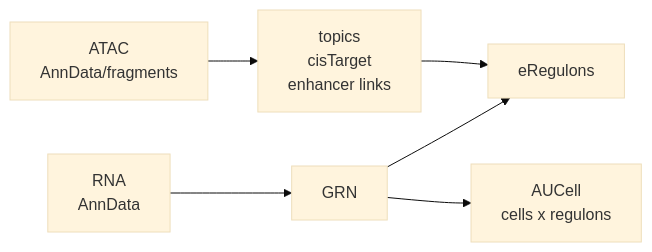
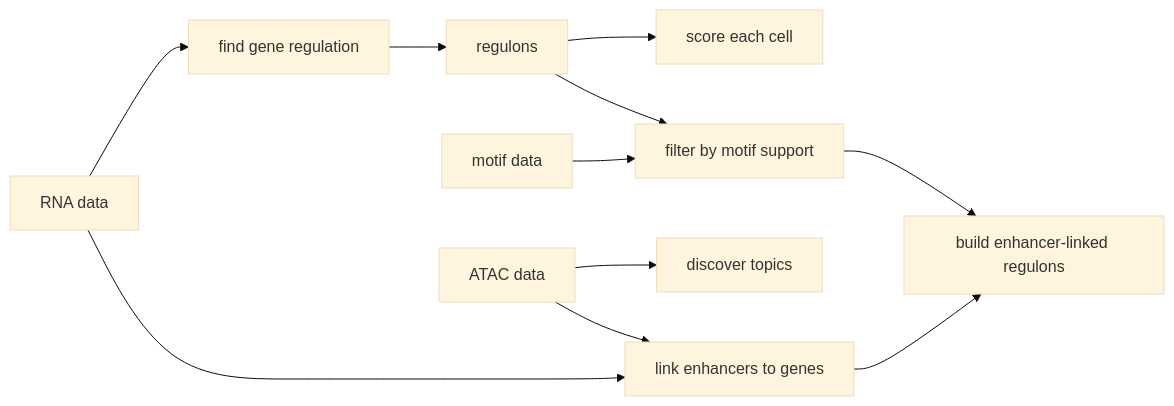
One commit to Ekin-Kahraman/rustscenic changed the diagram in README.md. Above: the diagram before and after it, drawn with Mermaid (base theme). The commit also changed other lines of this file, not shown here.

Commit message:
docs: simplify README overview

````diff
--- a/README.md
+++ b/README.md
@@ -18,8 +18,16 @@
 ```mermaid
 flowchart LR
-    rna["RNA<br/>AnnData"] --> grn["GRN"]
-    atac["ATAC<br/>AnnData/fragments"] --> chrom["topics<br/>cisTarget<br/>enhancer links"]
-    grn --> ereg["eRegulons"]
-    chrom --> ereg
-    grn --> auc["AUCell<br/>cells x regulons"]
+    rna["RNA data"] --> network["find gene regulation"]
+    network --> regulons["regulons"]
+    regulons --> activity["score each cell"]
+
+    motifs["motif data"] --> supported["filter by motif support"]
+    regulons --> supported
+
+    atac["ATAC data"] --> topics["discover topics"]
+    rna --> enhancers["link enhancers to genes"]
+    atac --> enhancers
+
+    supported --> programs["build enhancer-linked regulons"]
+    enhancers --> programs
 ```
````
